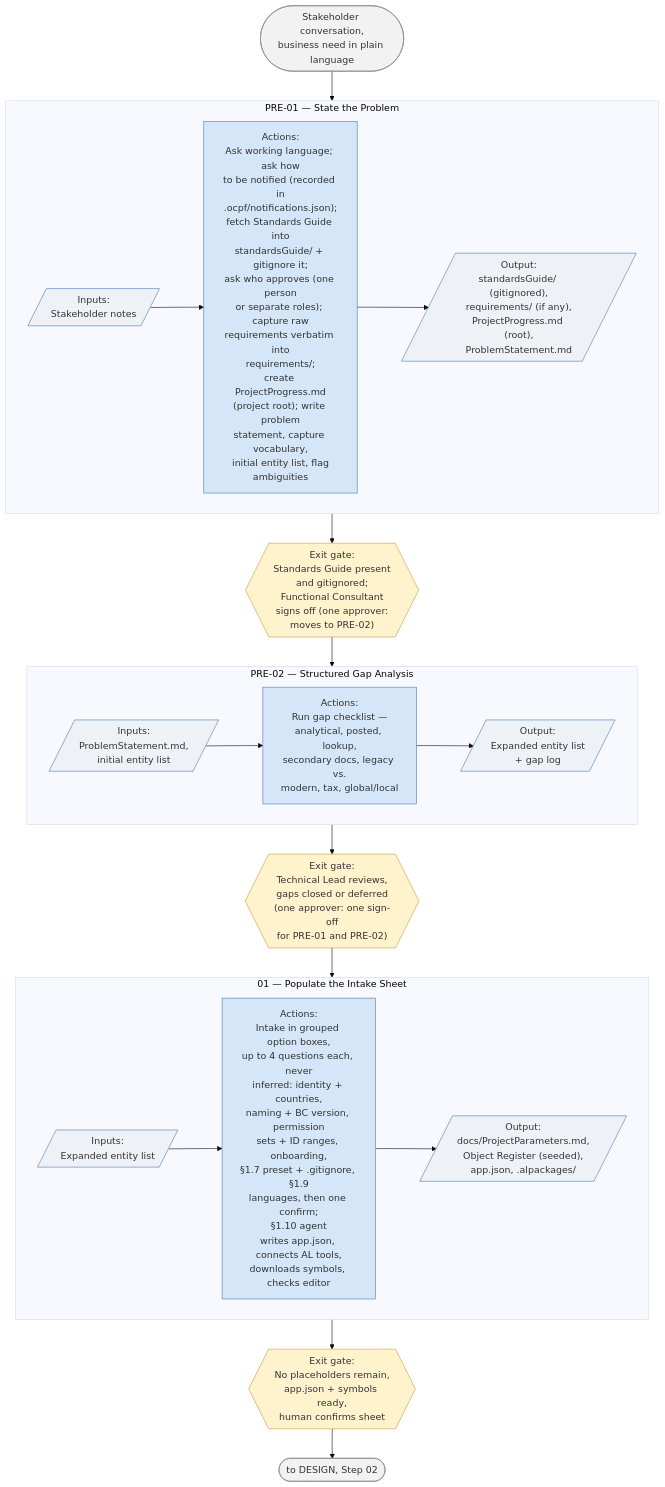
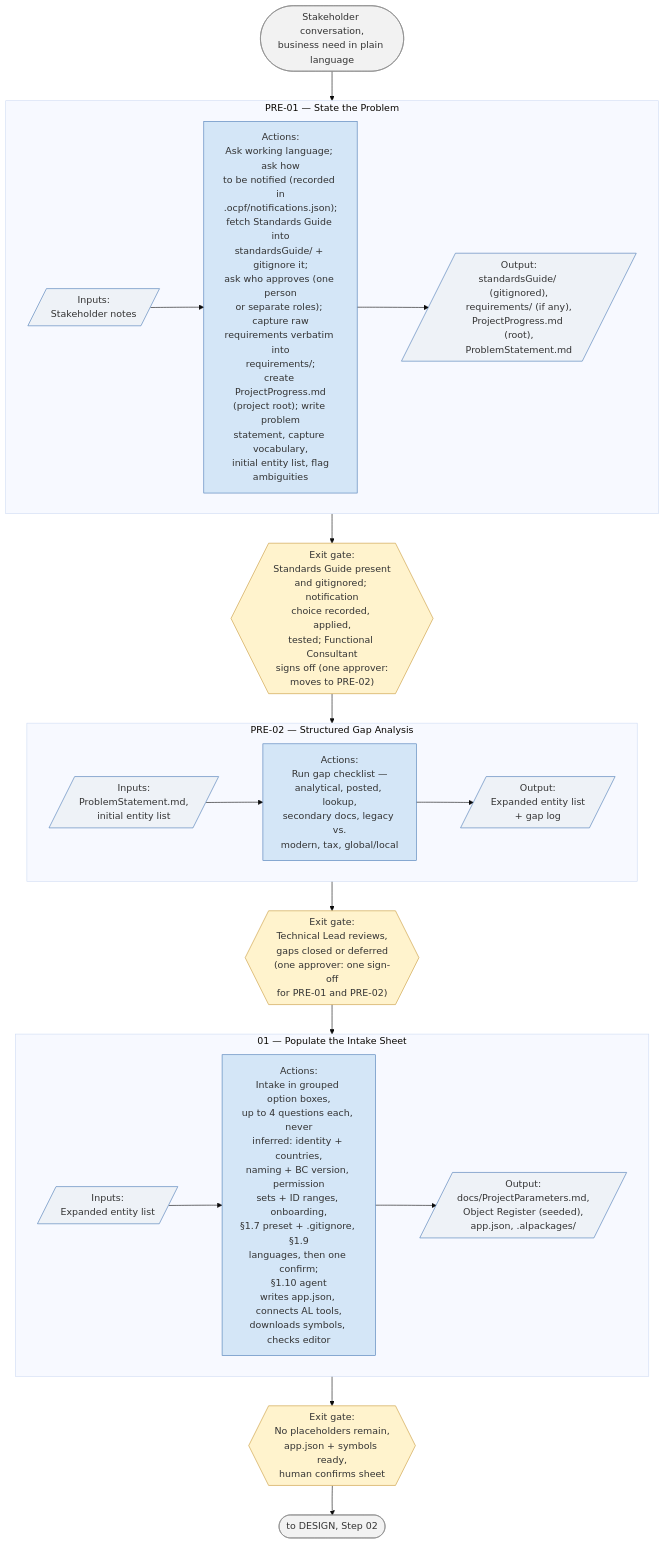
The third of 8 diagrams in fullVersion/RunbookSchematics.md (ajansari/ocpfBcAgenticDevFramework), drawn with Mermaid (base theme) before and after one commit. The commit also changed other lines of this file and 17 other files, not shown here.

````diff
--- a/fullVersion/RunbookSchematics.md
+++ b/fullVersion/RunbookSchematics.md
@@ -126,35 +126,35 @@
 ```mermaid
 flowchart TD
     Start(["Stakeholder conversation,<br/>business need in plain language"]) --> PRE01
 
     subgraph PRE01["PRE-01 — State the Problem"]
         direction LR
         In1[/"Inputs:<br/>Stakeholder notes"/] --> Act1["Actions:<br/>Ask working language; ask how<br/>to be notified (recorded in<br/>.ocpf/notifications.json);<br/>fetch Standards Guide into<br/>standardsGuide/ + gitignore it;<br/>ask who approves (one person<br/>or separate roles); capture raw<br/>requirements verbatim into<br/>requirements/;<br/>create ProjectProgress.md<br/>(project root); write problem<br/>statement, capture vocabulary,<br/>initial entity list, flag<br/>ambiguities"] --> Out1[/"Output:<br/>standardsGuide/ (gitignored),<br/>requirements/ (if any),<br/>ProjectProgress.md (root),<br/>ProblemStatement.md"/]
     end
-    PRE01 --> Gate1{{"Exit gate:<br/>Standards Guide present<br/>and gitignored;<br/>Functional Consultant<br/>signs off (one approver:<br/>moves to PRE-02)"}}
+    PRE01 --> Gate1{{"Exit gate:<br/>Standards Guide present<br/>and gitignored; notification<br/>choice recorded, applied,<br/>tested; Functional Consultant<br/>signs off (one approver:<br/>moves to PRE-02)"}}
 
     Gate1 --> PRE02
     subgraph PRE02["PRE-02 — Structured Gap Analysis"]
         direction LR
         In2[/"Inputs:<br/>ProblemStatement.md,<br/>initial entity list"/] --> Act2["Actions:<br/>Run gap checklist —<br/>analytical, posted, lookup,<br/>secondary docs, legacy vs.<br/>modern, tax, global/local"] --> Out2[/"Output:<br/>Expanded entity list<br/>+ gap log"/]
     end
     PRE02 --> Gate2{{"Exit gate:<br/>Technical Lead reviews,<br/>gaps closed or deferred<br/>(one approver: one sign-off<br/>for PRE-01 and PRE-02)"}}
 
     Gate2 --> S01
     subgraph S01["01 — Populate the Intake Sheet"]
         direction LR
         In3[/"Inputs:<br/>Expanded entity list"/] --> Act3["Actions:<br/>Intake in grouped option boxes,<br/>up to 4 questions each, never<br/>inferred: identity + countries,<br/>naming + BC version, permission<br/>sets + ID ranges, onboarding,<br/>§1.7 preset + .gitignore, §1.9<br/>languages, then one confirm;<br/>§1.10 agent<br/>writes app.json, connects AL tools,<br/>downloads symbols, checks editor"] --> Out3[/"Output:<br/>docs/ProjectParameters.md,<br/>Object Register (seeded),<br/>app.json, .alpackages/"/]
     end
     S01 --> Gate3{{"Exit gate:<br/>No placeholders remain,<br/>app.json + symbols ready,<br/>human confirms sheet"}}
 
     Gate3 --> Next(["to DESIGN, Step 02"])
 
     classDef io fill:#eef2f7,stroke:#4a7ab5,stroke-width:1px;
     classDef act fill:#d4e6f7,stroke:#4a7ab5,stroke-width:1px;
     classDef gate fill:#fff3cd,stroke:#c99a3a,stroke-width:1px;
     classDef endpoint fill:#f2f2f2,stroke:#888,stroke-width:1px;
     class In1,Out1,In2,Out2,In3,Out3 io;
     class Act1,Act2,Act3 act;
     class Gate1,Gate2,Gate3 gate;
     class Start,Next endpoint;
 ```
````
